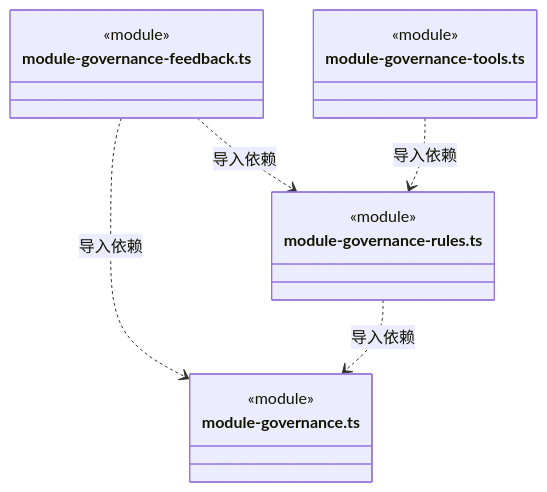
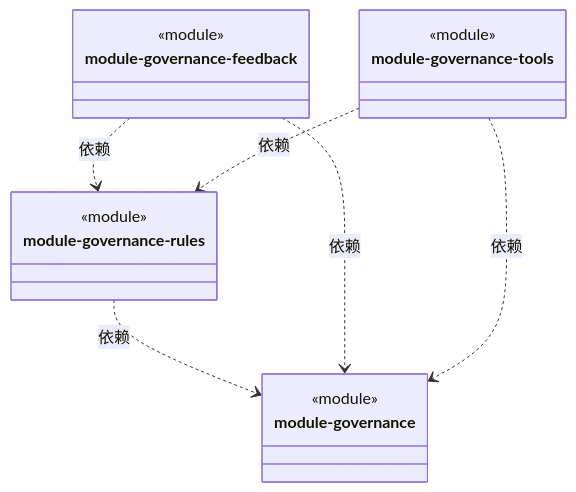
One commit to nan023062/cbim changed the diagram in src/logic/governance/rules/ARCHITECTURE.md. Above: the diagram before and after it, drawn with Mermaid. The commit also changed other lines of this file and 158 other files, not shown here.

Commit message:
docs: model architecture through nested virtual encapsulations

````diff
--- a/src/logic/governance/rules/ARCHITECTURE.md
+++ b/src/logic/governance/rules/ARCHITECTURE.md
@@ -501,19 +22,24 @@
 ```mermaid
 classDiagram
-class N_src_logic_governance_rules_module_governance_feedback_ts["module-governance-feedback.ts"] {
+class N_f9aeb652fd94["module-governance"] {
   <<module>>
 }
-class N_src_logic_governance_rules_module_governance_rules_ts["module-governance-rules.ts"] {
+click N_f9aeb652fd94 href "module-governance.ts"
+class N_965ffbd829bd["module-governance-rules"] {
   <<module>>
 }
-class N_src_logic_governance_rules_module_governance_ts["module-governance.ts"] {
+click N_965ffbd829bd href "module-governance-rules.ts"
+class N_63344702b555["module-governance-feedback"] {
   <<module>>
 }
-class N_src_logic_governance_rules_module_governance_tools_ts["module-governance-tools.ts"] {
+click N_63344702b555 href "module-governance-feedback.ts"
+class N_09c421be79f2["module-governance-tools"] {
   <<module>>
 }
-N_src_logic_governance_rules_module_governance_feedback_ts ..> N_src_logic_governance_rules_module_governance_rules_ts : 导入依赖
-N_src_logic_governance_rules_module_governance_feedback_ts ..> N_src_logic_governance_rules_module_governance_ts : 导入依赖
-N_src_logic_governance_rules_module_governance_rules_ts ..> N_src_logic_governance_rules_module_governance_ts : 导入依赖
-N_src_logic_governance_rules_module_governance_tools_ts ..> N_src_logic_governance_rules_module_governance_rules_ts : 导入依赖
+click N_09c421be79f2 href "module-governance-tools.ts"
+N_965ffbd829bd ..> N_f9aeb652fd94 : 依赖
+N_63344702b555 ..> N_f9aeb652fd94 : 依赖
+N_63344702b555 ..> N_965ffbd829bd : 依赖
+N_09c421be79f2 ..> N_f9aeb652fd94 : 依赖
+N_09c421be79f2 ..> N_965ffbd829bd : 依赖
 ```
````
